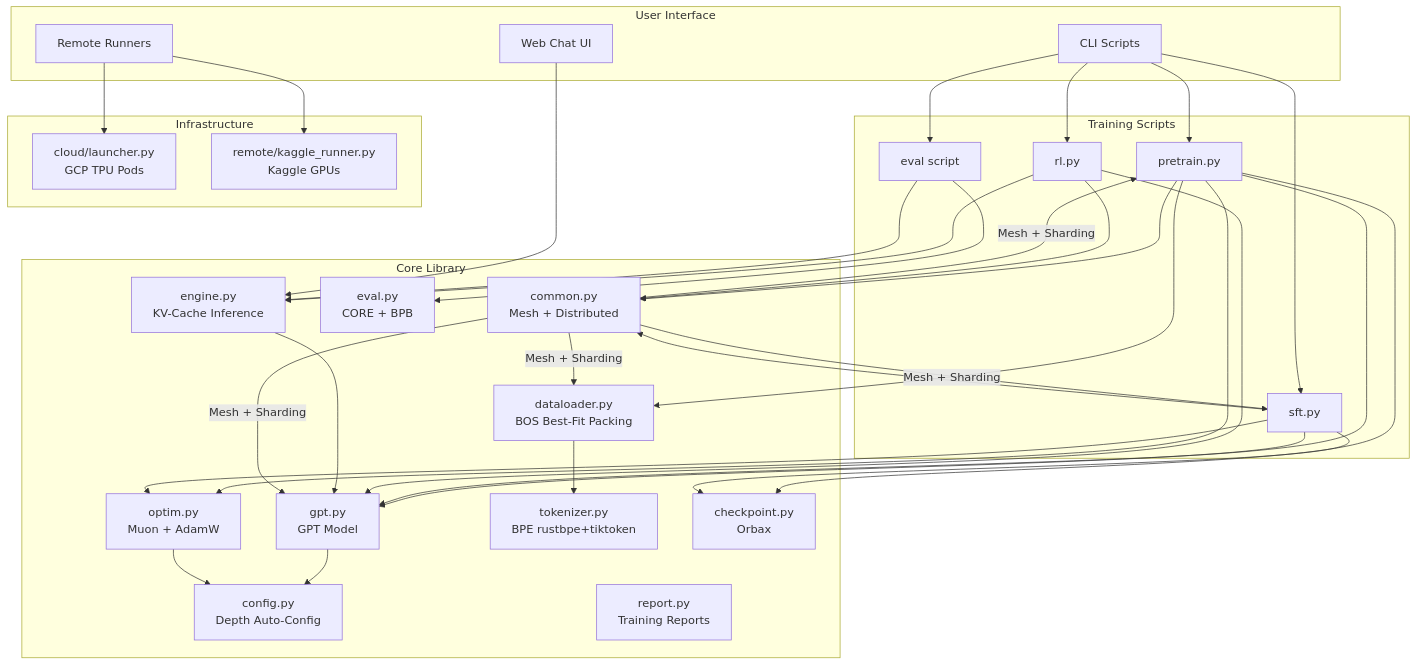
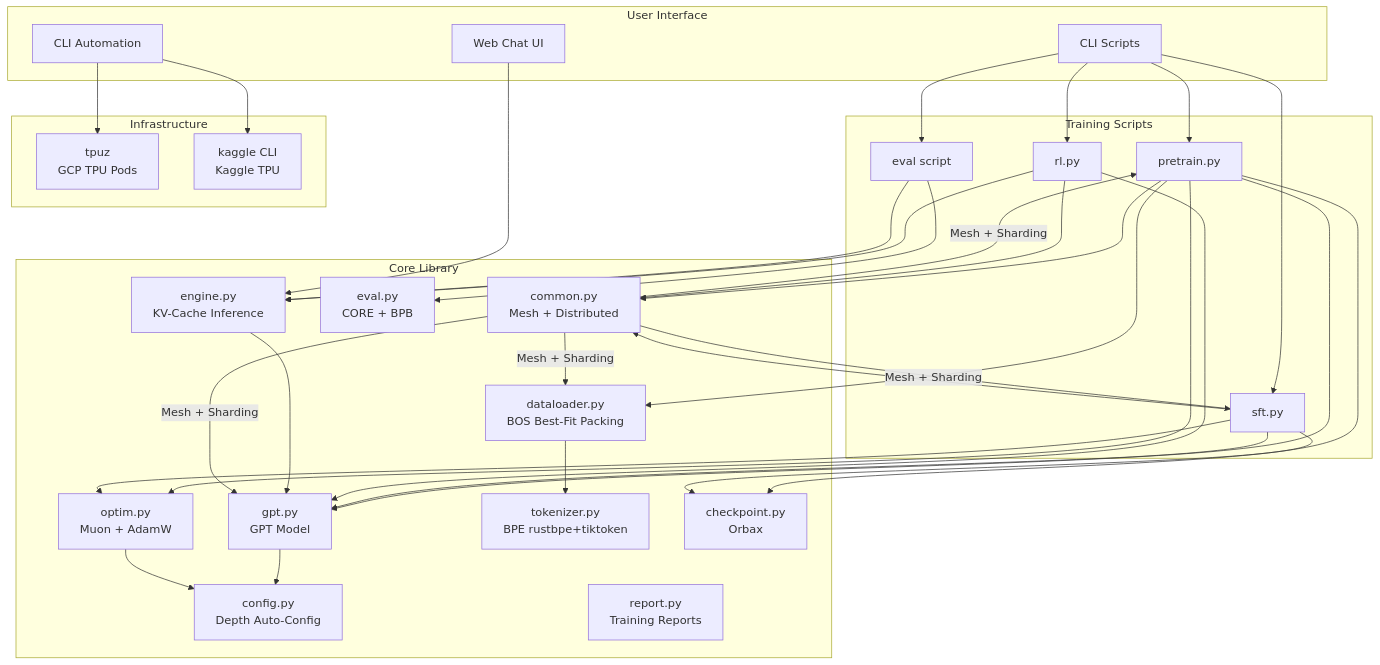
Before and after one commit to mlnomadpy/flaxchat: the first of 5 diagrams in docs/architecture.md, drawn with Mermaid. The commit also changed other lines of this file and 31 other files, not shown here.

````diff
--- a/docs/architecture.md
+++ b/docs/architecture.md
@@ -13,49 +13,49 @@
 ```mermaid
 graph TD
     subgraph "User Interface"
         CLI[CLI Scripts]
         WEB[Web Chat UI]
-        REMOTE[Remote Runners]
+        AUTOMATION[CLI Automation]
     end
 
     subgraph "Core Library"
         GPT[gpt.py<br/>GPT Model]
         OPT[optim.py<br/>Muon + AdamW]
         DL[dataloader.py<br/>BOS Best-Fit Packing]
         TOK[tokenizer.py<br/>BPE rustbpe+tiktoken]
         ENG[engine.py<br/>KV-Cache Inference]
         EVAL[eval.py<br/>CORE + BPB]
         CKPT[checkpoint.py<br/>Orbax]
         CFG[config.py<br/>Depth Auto-Config]
         COMMON[common.py<br/>Mesh + Distributed]
         REPORT[report.py<br/>Training Reports]
     end
 
     subgraph "Training Scripts"
         PT[pretrain.py]
         SFT[sft.py]
         RL[rl.py]
         EV[eval script]
     end
 
     subgraph "Infrastructure"
-        TPU[cloud/launcher.py<br/>GCP TPU Pods]
-        KAGGLE[remote/kaggle_runner.py<br/>Kaggle GPUs]
+        TPU[tpuz<br/>GCP TPU Pods]
+        KAGGLE[kaggle CLI<br/>Kaggle TPU]
     end
 
     CLI --> PT & SFT & RL & EV
     WEB --> ENG
-    REMOTE --> TPU & KAGGLE
+    AUTOMATION --> TPU & KAGGLE
 
     PT --> GPT & OPT & DL & COMMON & CKPT
     SFT --> GPT & OPT & COMMON & CKPT
     RL --> GPT & ENG & COMMON
 
     GPT --> CFG
     OPT --> CFG
     DL --> TOK
     ENG --> GPT
     EV --> ENG & EVAL
 
     COMMON --> |"Mesh + Sharding"| GPT & DL & PT & SFT
 ```
````
